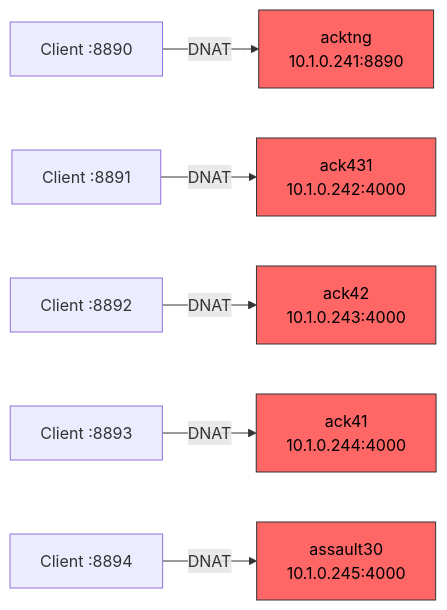
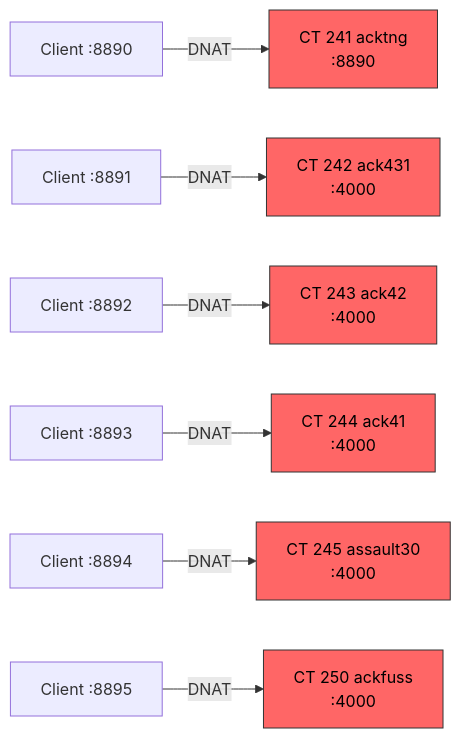
One commit to JBailes/infrastructure changed the second of 3 diagrams in homelab/ack/diagrams.md. Above: the diagram before and after it, drawn with Mermaid. The commit also changed other lines of this file and 68 other files, not shown here.

````diff
--- a/homelab/ack/diagrams.md
+++ b/homelab/ack/diagrams.md
@@ -101,14 +112,16 @@
 ```mermaid
 graph LR
-    C1["Client :8890"] -->|DNAT| TNG["acktng<br/>10.1.0.241:8890"]
-    C2["Client :8891"] -->|DNAT| V431["ack431<br/>10.1.0.242:4000"]
-    C3["Client :8892"] -->|DNAT| V42["ack42<br/>10.1.0.243:4000"]
-    C4["Client :8893"] -->|DNAT| V41["ack41<br/>10.1.0.244:4000"]
-    C5["Client :8894"] -->|DNAT| ASS["assault30<br/>10.1.0.245:4000"]
+    C1["Client :8890"] -->|DNAT| TNG["CT 241 acktng<br/>:8890"]
+    C2["Client :8891"] -->|DNAT| V431["CT 242 ack431<br/>:4000"]
+    C3["Client :8892"] -->|DNAT| V42["CT 243 ack42<br/>:4000"]
+    C4["Client :8893"] -->|DNAT| V41["CT 244 ack41<br/>:4000"]
+    C5["Client :8894"] -->|DNAT| ASS["CT 245 assault30<br/>:4000"]
+    C6["Client :8895"] -->|DNAT| FUSS["CT 250 ackfuss<br/>:4000"]
 
     style TNG fill:#f66,stroke:#333,color:#000
     style V431 fill:#f66,stroke:#333,color:#000
     style V42 fill:#f66,stroke:#333,color:#000
     style V41 fill:#f66,stroke:#333,color:#000
     style ASS fill:#f66,stroke:#333,color:#000
+    style FUSS fill:#f66,stroke:#333,color:#000
 ```
````
